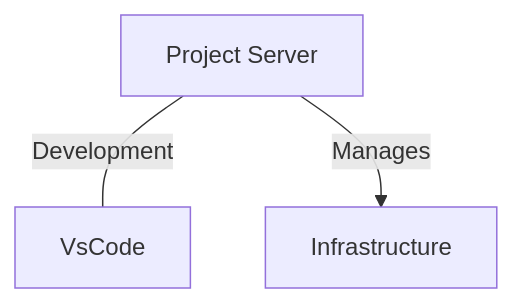
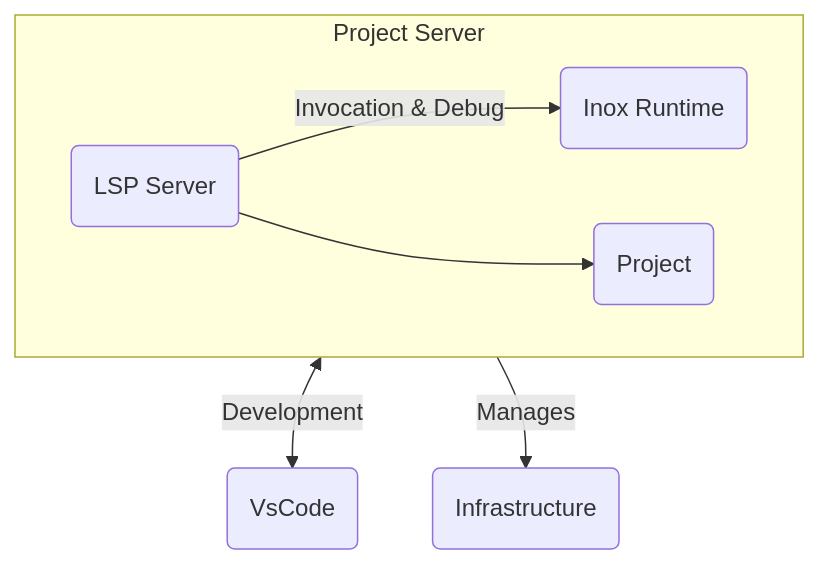
Before and after one commit to inoxlang/inox: the first of 6 diagrams in README.md, drawn with Mermaid. The commit also changed other lines of this file, not shown here.

````diff
--- a/README.md
+++ b/README.md
@@ -195,6 +197,10 @@
 ```mermaid
 graph TD
-    A[Project Server] 
-    A ---|Development| B[VsCode]
-    A -->|Manages| C[Infrastructure]
+    A(Project Server) <-->|Development| B(VsCode)
+    A -->|Manages| C(Infrastructure)
+
+subgraph A[Project Server]
+  A1(LSP Server) -->|Invocation & Debug| A2(Inox Runtime)
+  A1 --> A3(Project)
+end
 ```
````
